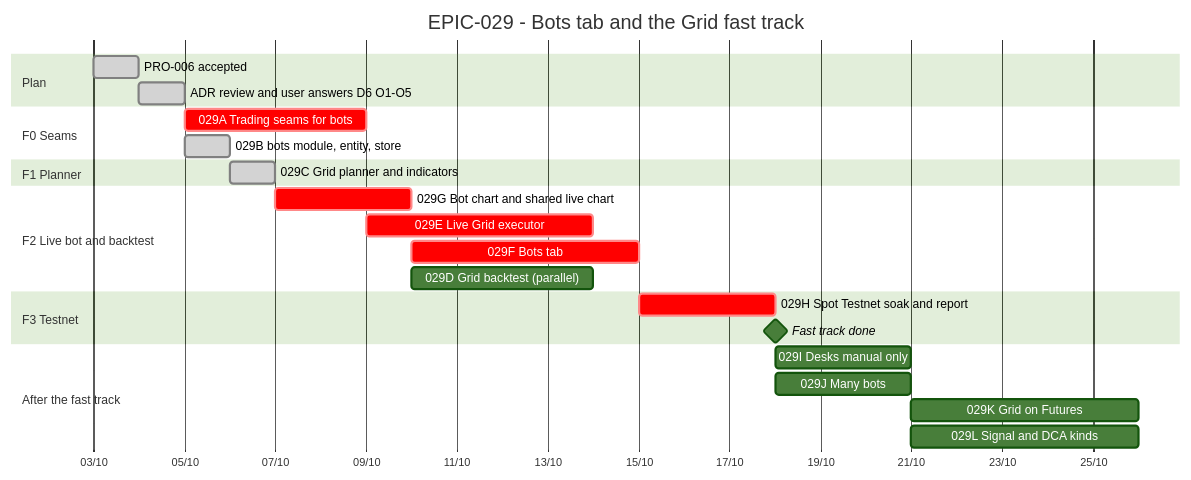
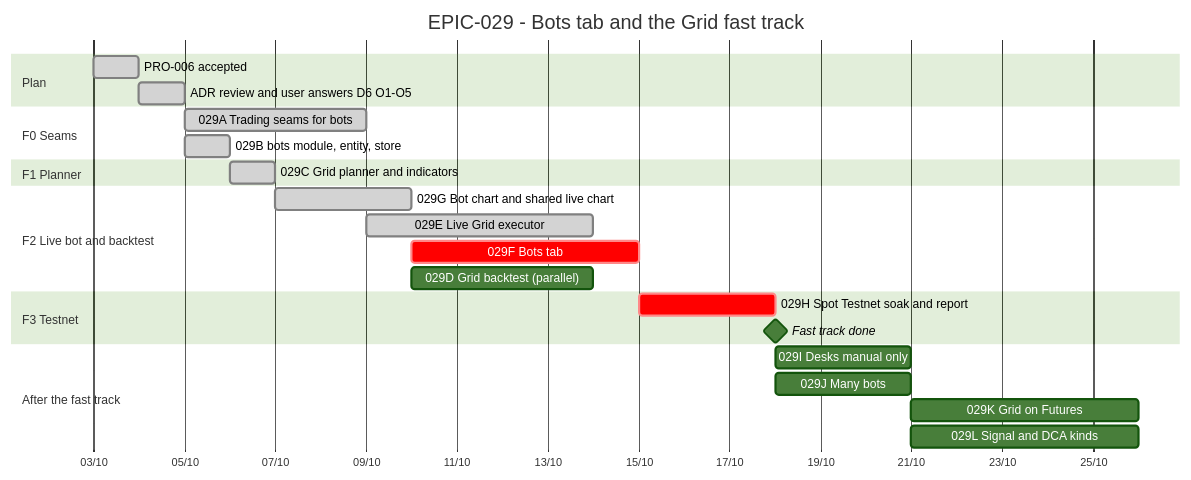
One commit to anhembedded/Sagittarius_Elite_Warrior changed the diagram in Tasks/epics/EPIC-029_bots_tab_grid_fast_track/TRACKING.md. Above: the diagram before and after it, drawn with Mermaid (forest theme). The commit also changed other lines of this file and 6 other files, not shown here.

````diff
--- a/Tasks/epics/EPIC-029_bots_tab_grid_fast_track/TRACKING.md
+++ b/Tasks/epics/EPIC-029_bots_tab_grid_fast_track/TRACKING.md
@@ -13,34 +13,34 @@
 ```mermaid
 gantt
     title EPIC-029 - Bots tab and the Grid fast track
     dateFormat  YYYY-MM-DD
     axisFormat  %d/%m
     todayMarker stroke-width:2px,stroke:#d33,opacity:0.6
 
     section Plan
     PRO-006 accepted                         :done,    s1, 2026-10-03, 1d
     ADR review and user answers D6 O1-O5     :done,    s2, after s1, 1d
 
     section F0 Seams
-    029A Trading seams for bots              :crit,    a, after s2, 4d
+    029A Trading seams for bots              :done,    a, after s2, 4d
     029B bots module, entity, store          :done,    b, after s2, 1d
 
     section F1 Planner
     029C Grid planner and indicators         :done,    c, after b, 1d
 
     section F2 Live bot and backtest
-    029G Bot chart and shared live chart     :crit,    g, after c, 3d
-    029E Live Grid executor                  :crit,    e, after a c, 5d
+    029G Bot chart and shared live chart     :done,    g, after c, 3d
+    029E Live Grid executor                  :done,    e, after a c, 5d
     029F Bots tab                            :crit,    f, after g, 5d
     029D Grid backtest (parallel)            :         d, after g, 4d
 
     section F3 Testnet
     029H Spot Testnet soak and report        :crit,    h, after e f d, 3d
     Fast track done                          :milestone, m1, after h, 0d
 
     section After the fast track
     029I Desks manual only                   :         i, after m1, 3d
     029J Many bots                           :         j, after m1, 3d
     029K Grid on Futures                     :         k, after j, 5d
     029L Signal and DCA kinds                :         l, after i j, 5d
 ```
````
